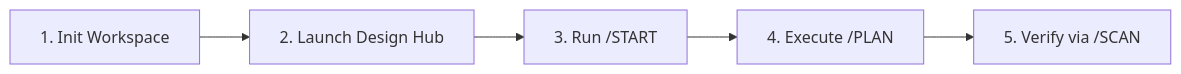
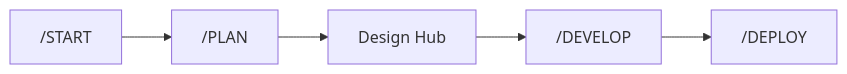
Before and after one commit to iDorgham/Nezam: the diagram in README.md, drawn with Mermaid. The commit also changed other lines of this file and 9928 other files, not shown here.

First line of the commit message:
Design hub v3 (#37)

````diff
--- a/README.md
+++ b/README.md
@@ -101,7 +49,7 @@
 ```mermaid
 flowchart LR
-    A["1. Init Workspace"] --> B["2. Launch Design Hub"]
-    B --> C["3. Run /START"]
-    C --> D["4. Execute /PLAN"]
-    D --> E["5. Verify via /SCAN"]
+  START["/START"] --> PLAN["/PLAN"]
+  PLAN --> DH["Design Hub"]
+  DH --> DEV["/DEVELOP"]
+  DEV --> SHIP["/DEPLOY"]
 ```
````
